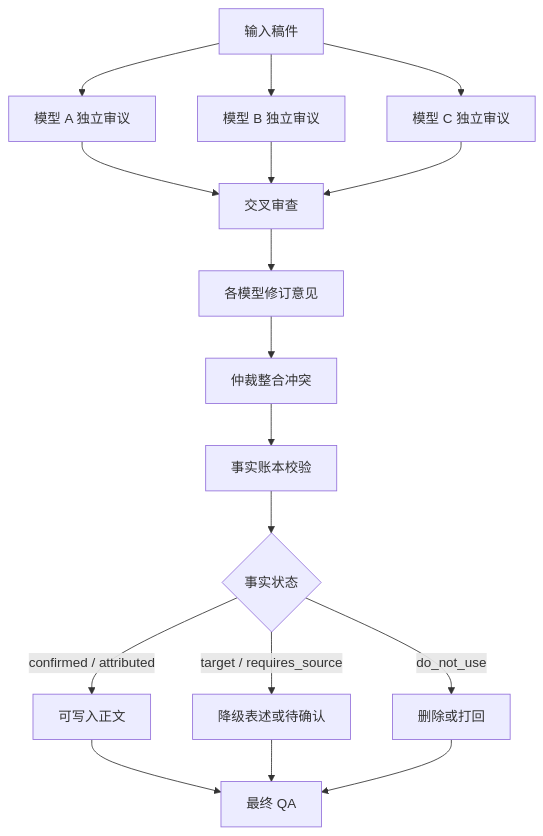
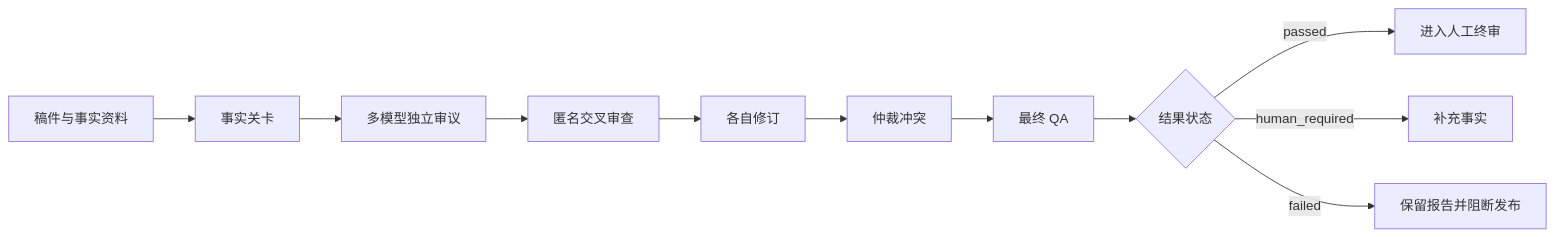
One commit to Baibaibin/ai-workflow-portfolio changed the diagram in cases/03-multi-agent-review-workflow.md. Above: the diagram before and after it, drawn with Mermaid. The commit also changed other lines of this file and 18 other files, not shown here.

````diff
--- a/cases/03-multi-agent-review-workflow.md
+++ b/cases/03-multi-agent-review-workflow.md
@@ -16,19 +29,13 @@
 ```mermaid
-flowchart TD
-  A[输入稿件] --> B[模型 A 独立审议]
-  A --> C[模型 B 独立审议]
-  A --> D[模型 C 独立审议]
-  B --> E[交叉审查]
-  C --> E
-  D --> E
-  E --> F[各模型修订意见]
-  F --> G[仲裁整合冲突]
-  G --> H[事实账本校验]
-  H --> I{事实状态}
-  I -->|confirmed / attributed| J[可写入正文]
-  I -->|target / requires_source| K[降级表述或待确认]
-  I -->|do_not_use| L[删除或打回]
-  J --> M[最终 QA]
-  K --> M
-  L --> M
+flowchart LR
+  A[稿件与事实资料] --> B[事实关卡]
+  B --> C[多模型独立审议]
+  C --> D[匿名交叉审查]
+  D --> E[各自修订]
+  E --> F[仲裁冲突]
+  F --> G[最终 QA]
+  G --> H{结果状态}
+  H -->|passed| I[进入人工终审]
+  H -->|human_required| J[补充事实]
+  H -->|failed| K[保留报告并阻断发布]
 ```
````
